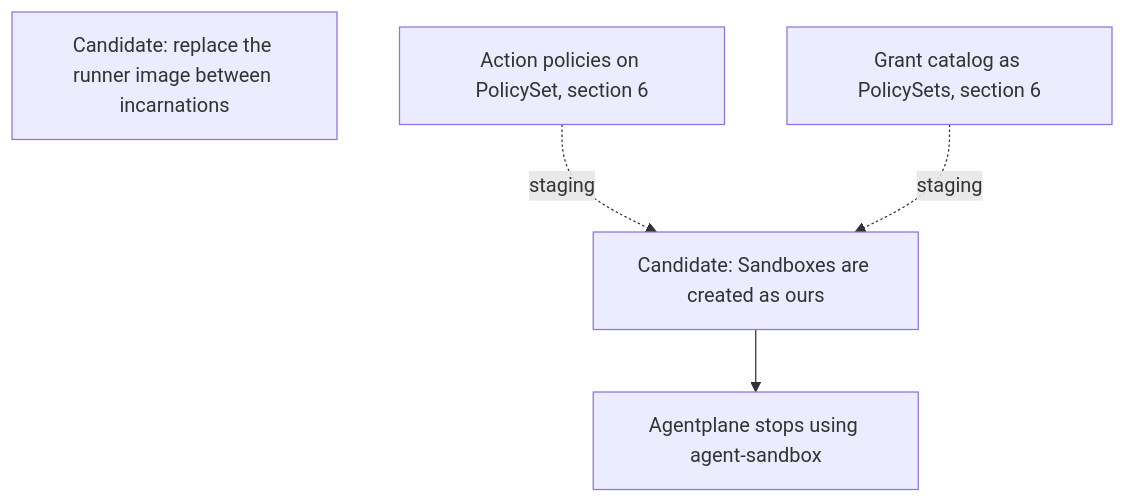
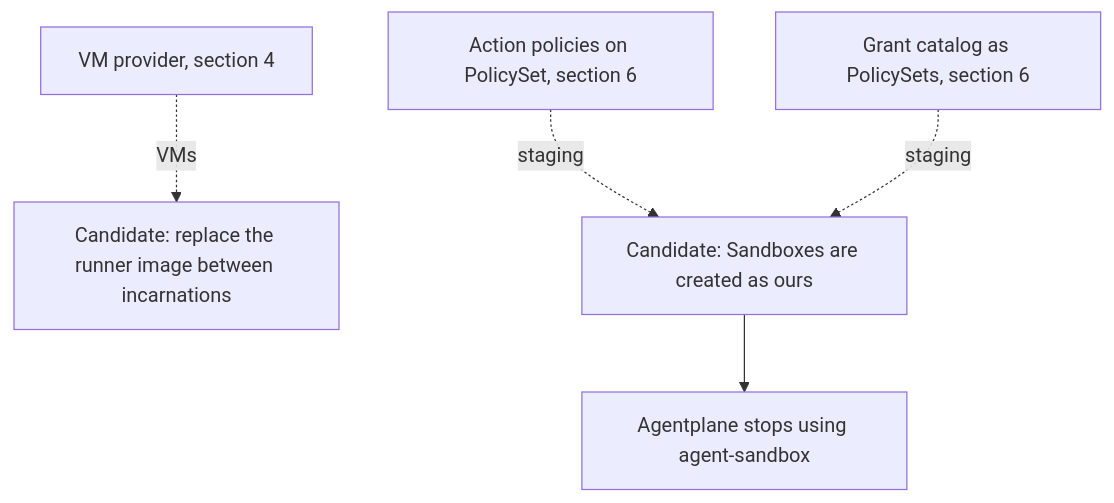
Diagram 11 of 15 in agentplane/plans/task_dag.md (agentydragon/ducktape), drawn with Mermaid before and after one commit. The commit also changed other lines of this file and 1 other file, not shown here.

````diff
--- a/agentplane/plans/task_dag.md
+++ b/agentplane/plans/task_dag.md
@@ -669,8 +669,9 @@
 ```mermaid
 flowchart TD
     SANDBOX_IMAGE_REPLACE[Candidate: replace the runner image between incarnations]
+    VM_PROVIDER[VM provider, section 4] -. VMs .-> SANDBOX_IMAGE_REPLACE
     SANDBOX_CREATE_CUTOVER[Candidate: Sandboxes are created as ours]
     ACTION_POLICY_MIGRATE[Action policies on PolicySet, section 6] -. staging .-> SANDBOX_CREATE_CUTOVER
     KUBERNETES_POLICY_SETS[Grant catalog as PolicySets, section 6] -. staging .-> SANDBOX_CREATE_CUTOVER
     SANDBOX_CREATE_CUTOVER --> AGENT_SANDBOX_RETIRE[Agentplane stops using agent-sandbox]
 ```
````
